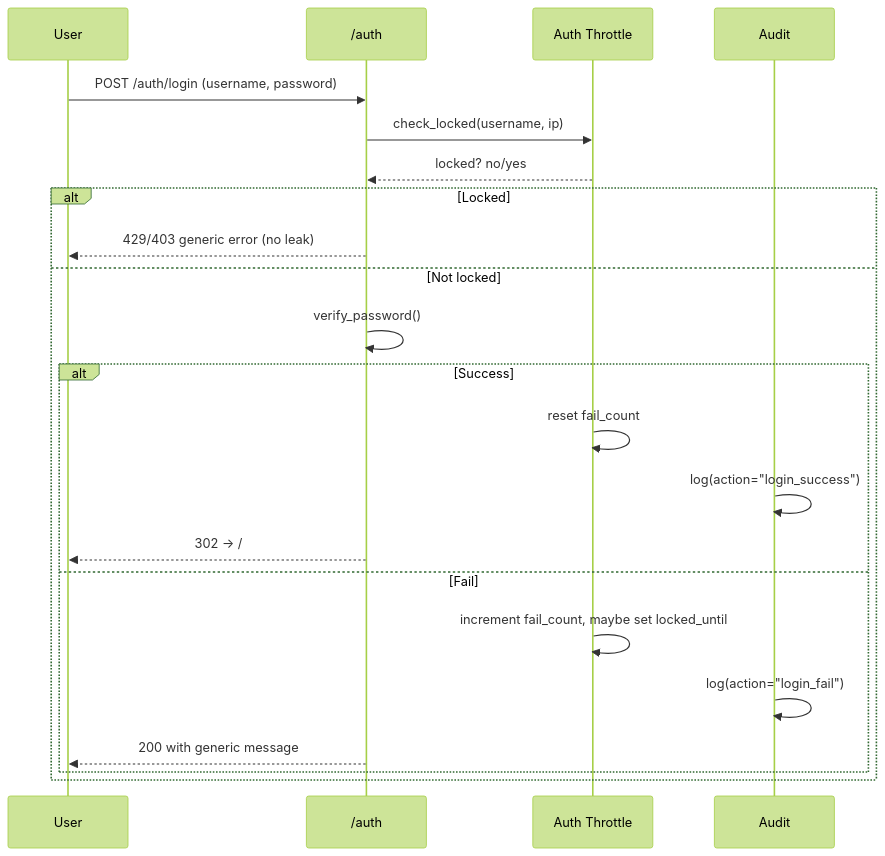
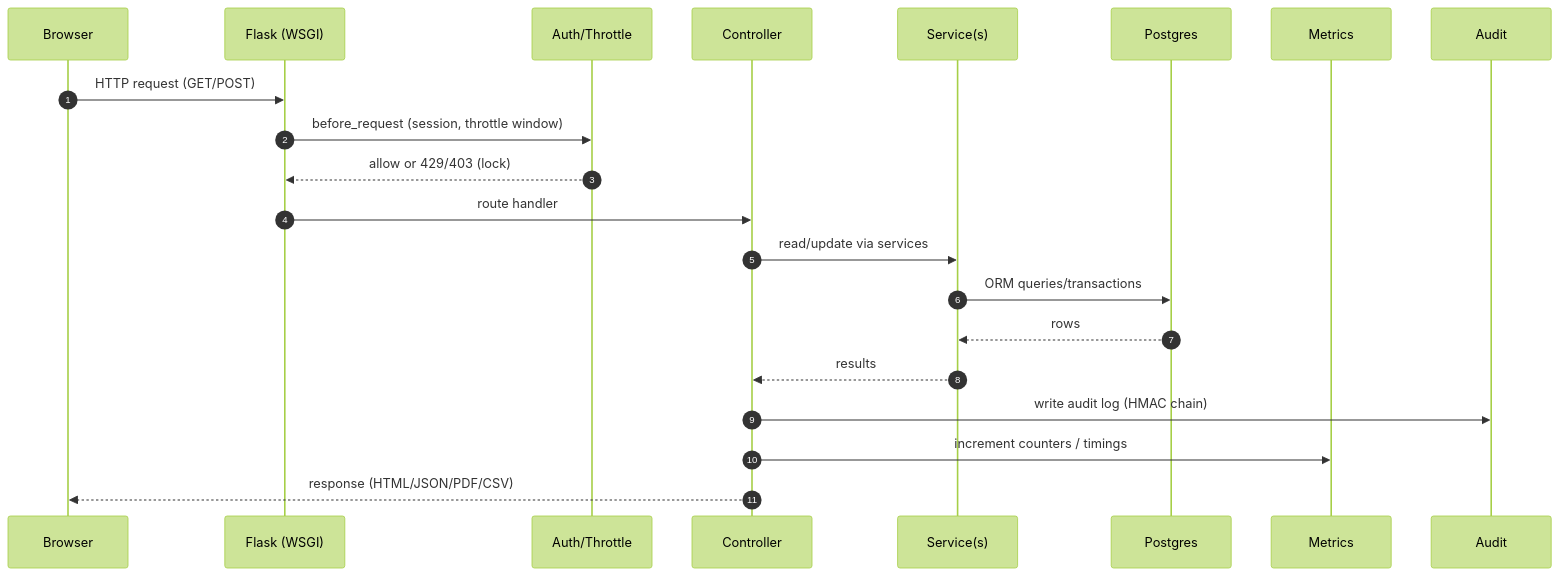
Before and after one commit to Purinat33/hpc_flask: the third of 5 diagrams in docs/02-architecture.md, drawn with Mermaid (forest theme). The commit also changed other lines of this file and 4 other files, not shown here.

````diff
--- a/docs/02-architecture.md
+++ b/docs/02-architecture.md
@@ -296,25 +111,24 @@
 ```mermaid
 sequenceDiagram
-  participant U as User
-  participant Auth as /auth
-  participant TH as Auth Throttle
-  participant AUD as Audit
+    autonumber
+    participant B as Browser
+    participant F as Flask (WSGI)
+    participant A as Auth/Throttle
+    participant C as Controller
+    participant S as Service(s)
+    participant D as Postgres
+    participant M as Metrics
+    participant L as Audit
 
-  U->>Auth: POST /auth/login (username, password)
-  Auth->>TH: check_locked(username, ip)
-  TH-->>Auth: locked? no/yes
-  alt Locked
-    Auth-->>U: 429/403 generic error (no leak)
-  else Not locked
-    Auth->>Auth: verify_password()
-    alt Success
-      TH->>TH: reset fail_count
-      AUD->>AUD: log(action="login_success")
-      Auth-->>U: 302 -> /
-    else Fail
-      TH->>TH: increment fail_count, maybe set locked_until
-      AUD->>AUD: log(action="login_fail")
-      Auth-->>U: 200 with generic message
-    end
-  end
+    B->>F: HTTP request (GET/POST)
+    F->>A: before_request (session, throttle window)
+    A-->>F: allow or 429/403 (lock)
+    F->>C: route handler
+    C->>S: read/update via services
+    S->>D: ORM queries/transactions
+    D-->>S: rows
+    S-->>C: results
+    C->>L: write audit log (HMAC chain)
+    C->>M: increment counters / timings
+    C-->>B: response (HTML/JSON/PDF/CSV)
 ```
````
